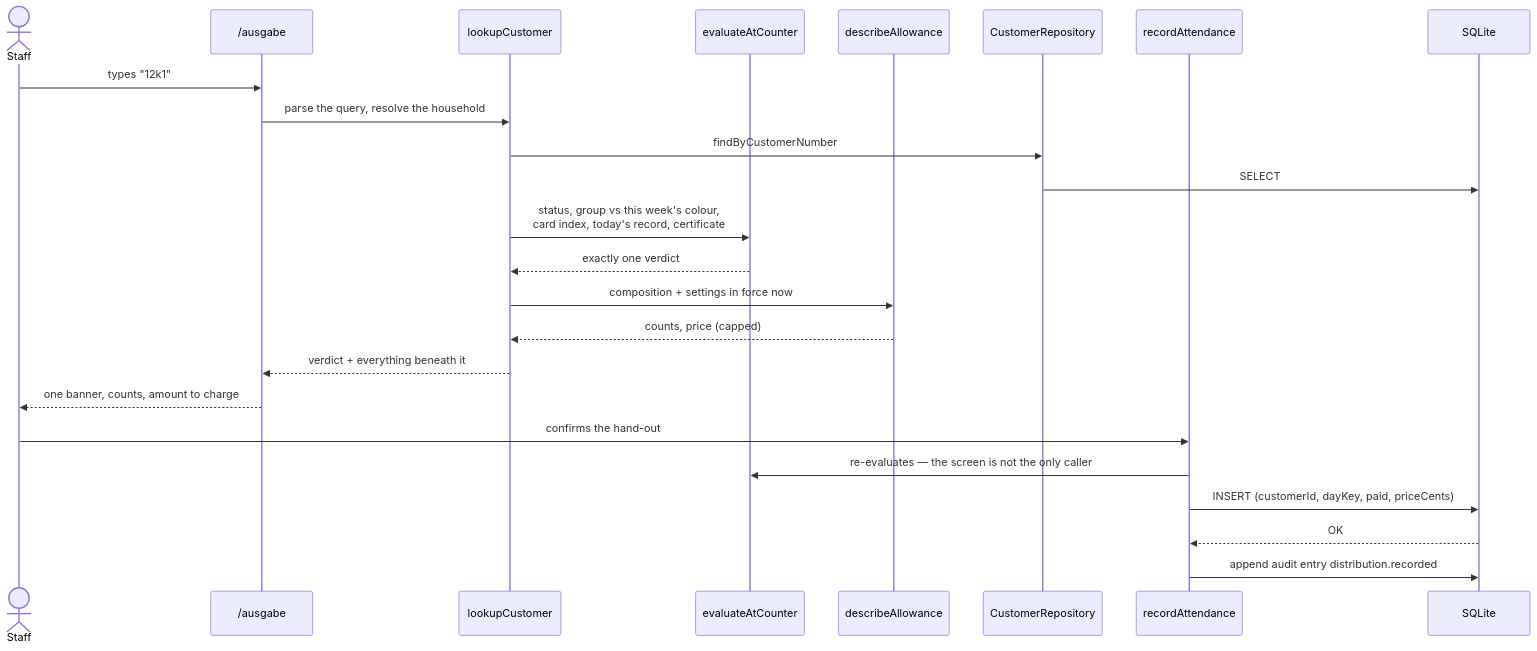
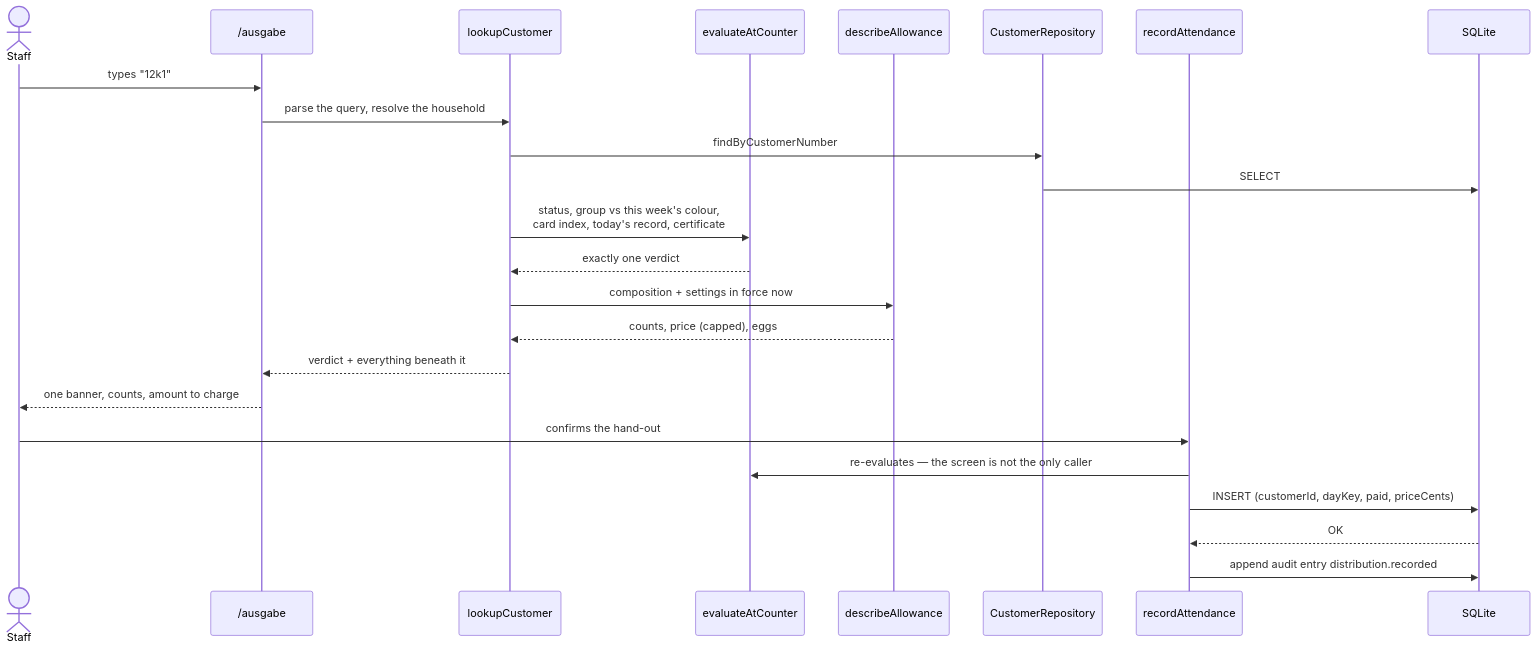
One commit to Lin0pan/FD-management changed the first of 4 diagrams in docs/architecture/06-runtime-view.md. Above: the diagram before and after it, drawn with Mermaid. The commit also changed other lines of this file and 63 other files, not shown here.

````diff
--- a/docs/architecture/06-runtime-view.md
+++ b/docs/architecture/06-runtime-view.md
@@ -14,28 +14,28 @@
 ```mermaid
 sequenceDiagram
     actor Staff
     participant Page as /ausgabe
     participant Lookup as lookupCustomer
     participant Verdict as evaluateAtCounter
     participant Allow as describeAllowance
     participant Repo as CustomerRepository
     participant Record as recordAttendance
     participant DB as SQLite
 
     Staff->>Page: types "12k1"
     Page->>Lookup: parse the query, resolve the household
     Lookup->>Repo: findByCustomerNumber
     Repo->>DB: SELECT
     Lookup->>Verdict: status, group vs this week's colour,<br/>card index, today's record, certificate
     Verdict-->>Lookup: exactly one verdict
     Lookup->>Allow: composition + settings in force now
-    Allow-->>Lookup: counts, price (capped)
+    Allow-->>Lookup: counts, price (capped), eggs
     Lookup-->>Page: verdict + everything beneath it
     Page-->>Staff: one banner, counts, amount to charge
 
     Staff->>Record: confirms the hand-out
     Record->>Verdict: re-evaluates — the screen is not the only caller
     Record->>DB: INSERT (customerId, dayKey, paid, priceCents)
     DB-->>Record: OK
     Record->>DB: append audit entry distribution.recorded
 ```
````
